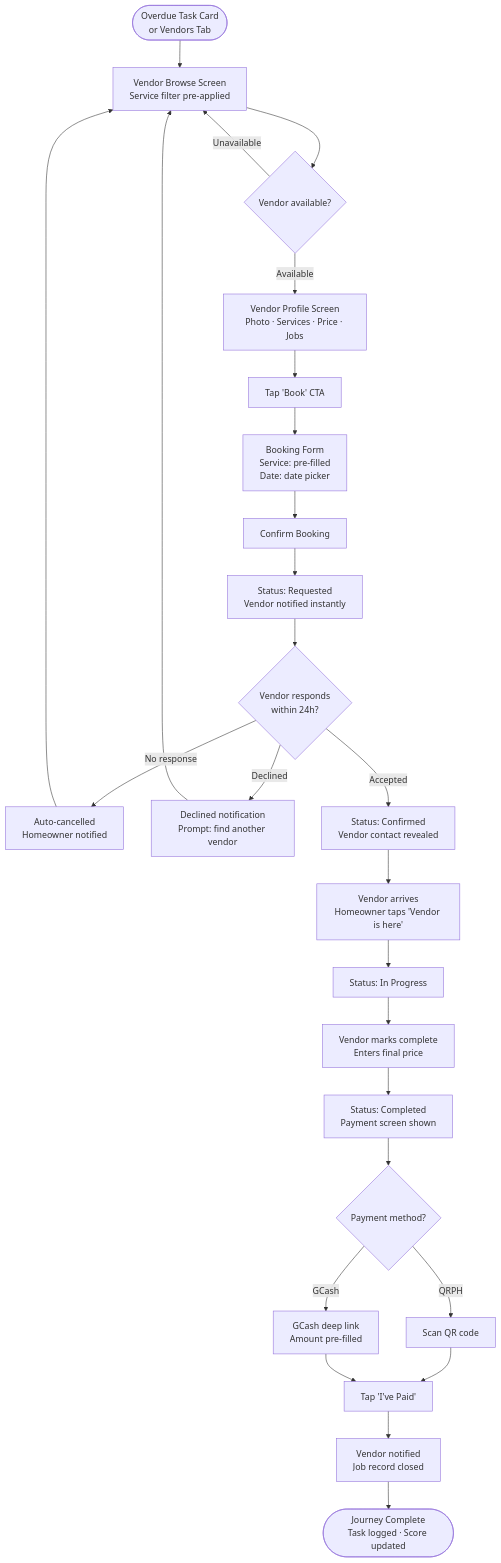
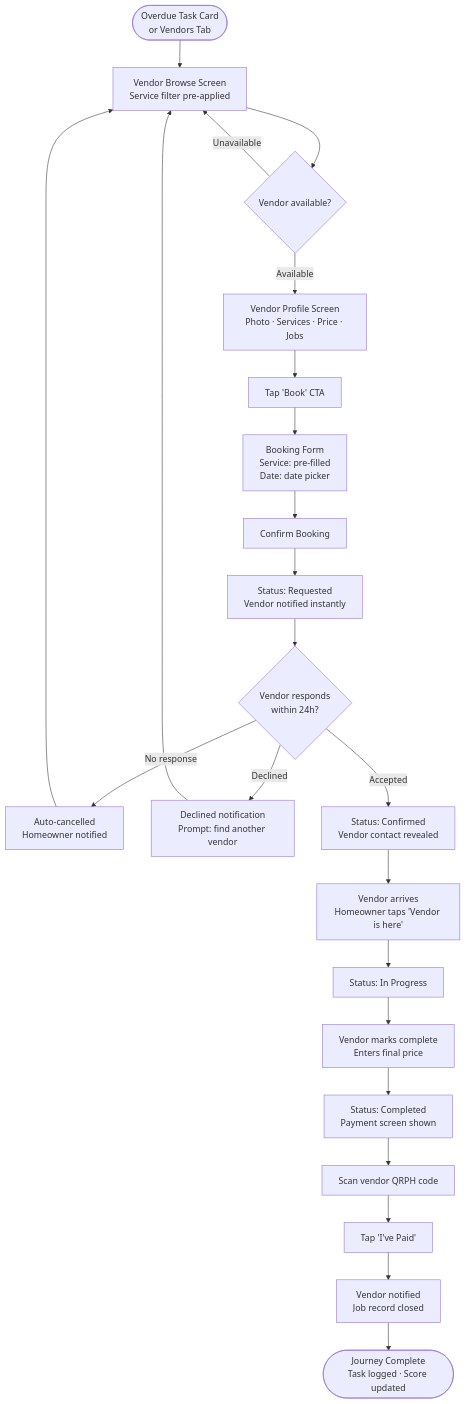
Before and after one commit to RyanChrPzr/spr-house-maintenance-tracker: the second of 5 diagrams in _bmad-output/planning-artifacts/ux-design-specification.md, drawn with Mermaid. The commit also changed other lines of this file and 4 other files, not shown here.

First line of the commit message:
Add epics, stories, and implementation readiness report; remove GCash (QRPH-only)

````diff
--- a/_bmad-output/planning-artifacts/ux-design-specification.md
+++ b/_bmad-output/planning-artifacts/ux-design-specification.md
@@ -642,28 +641,25 @@
 ```mermaid
 flowchart TD
     A([Overdue Task Card\nor Vendors Tab]) --> B[Vendor Browse Screen\nService filter pre-applied]
     B --> C{Vendor available?}
     C -- Unavailable --> B
     C -- Available --> D[Vendor Profile Screen\nPhoto · Services · Price · Jobs]
     D --> E[Tap 'Book' CTA]
     E --> F[Booking Form\nService: pre-filled\nDate: date picker]
     F --> G[Confirm Booking]
     G --> H[Status: Requested\nVendor notified instantly]
     H --> I{Vendor responds\nwithin 24h?}
     I -- No response --> J[Auto-cancelled\nHomeowner notified]
     J --> B
     I -- Declined --> K[Declined notification\nPrompt: find another vendor]
     K --> B
     I -- Accepted --> L[Status: Confirmed\nVendor contact revealed]
     L --> M[Vendor arrives\nHomeowner taps 'Vendor is here']
     M --> N[Status: In Progress]
     N --> O[Vendor marks complete\nEnters final price]
     O --> P[Status: Completed\nPayment screen shown]
-    P --> Q{Payment method?}
-    Q -- QRPH --> R[Scan QR code]
-    Q -- GCash --> S[GCash deep link\nAmount pre-filled]
-    R --> T[Tap 'I've Paid']
-    S --> T
+    P --> Q[Scan vendor QRPH code]
+    Q --> T[Tap 'I've Paid']
     T --> U[Vendor notified\nJob record closed]
     U --> V([Journey Complete\nTask logged · Score updated])
 ```
````
